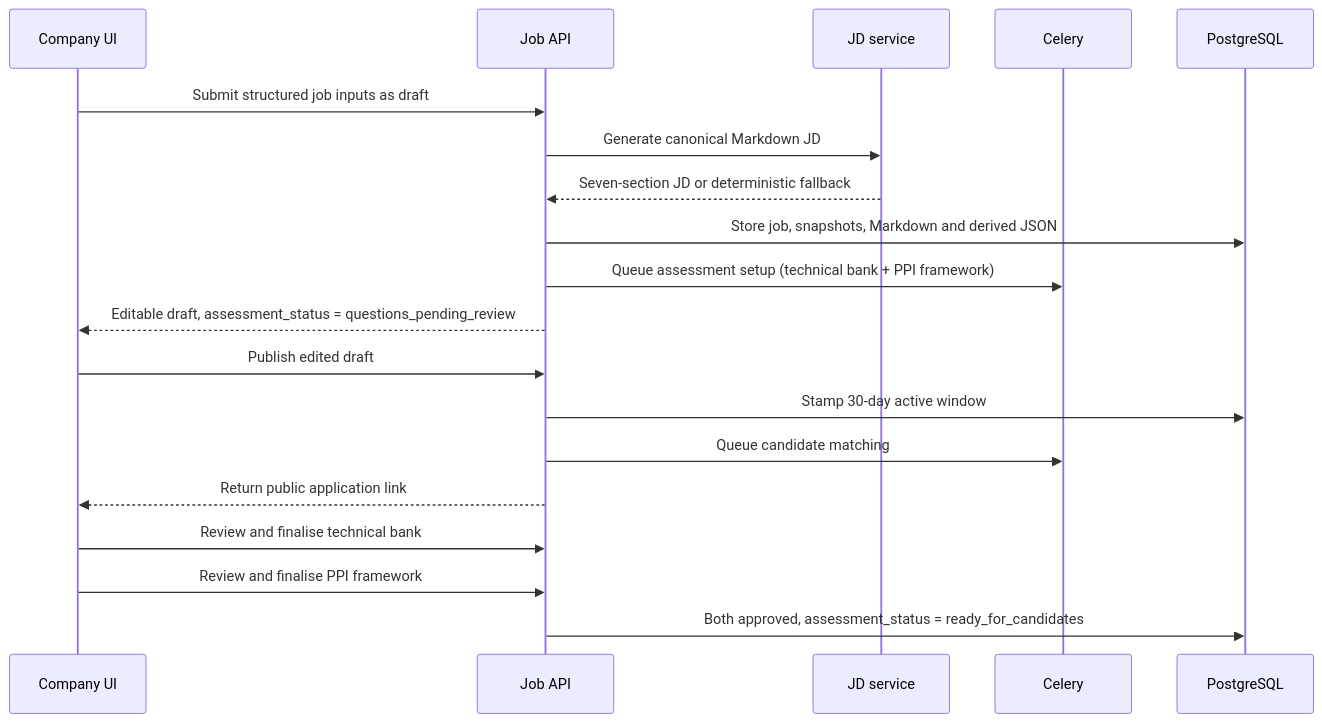
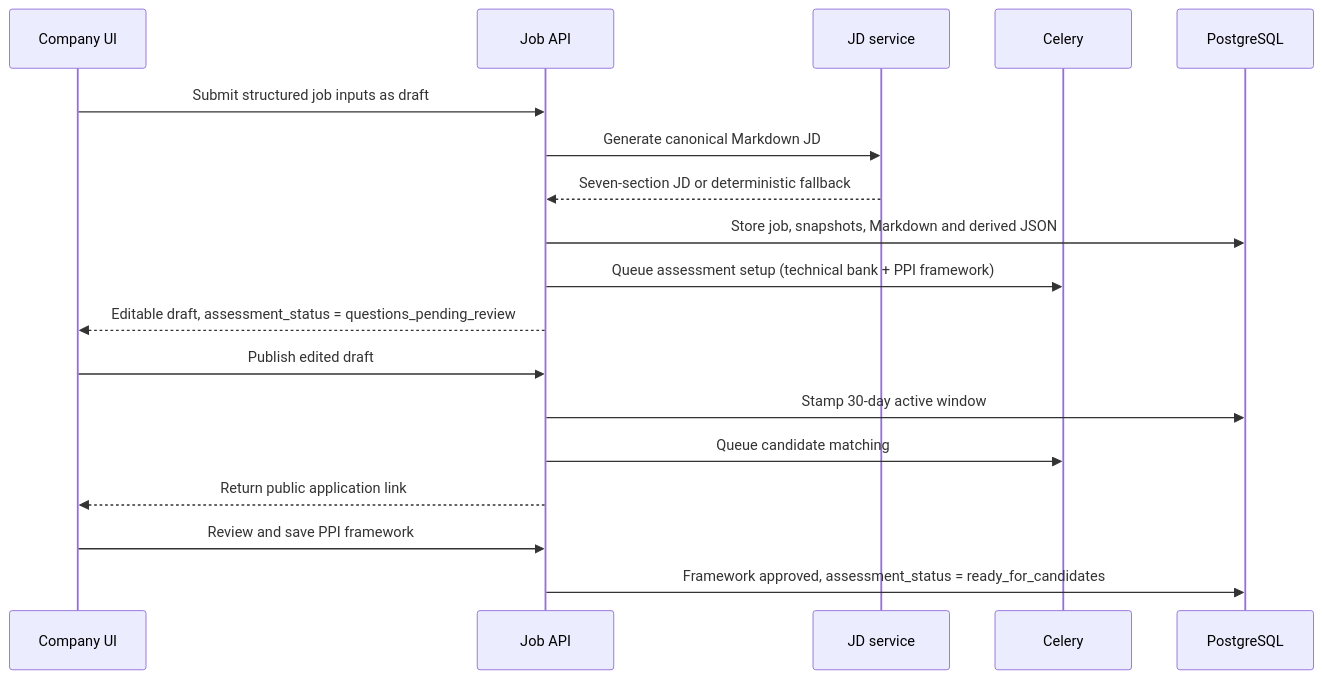
Before and after one commit to HanuLisa-Technologies-LLP/pickready: the second of 4 diagrams in docs/ESD.md, drawn with Mermaid. The commit also changed other lines of this file and 1 other file, not shown here.

````diff
--- a/docs/ESD.md
+++ b/docs/ESD.md
@@ -230,22 +243,21 @@
 ```mermaid
 sequenceDiagram
     participant UI as Company UI
     participant API as Job API
     participant AI as JD service
     participant Q as Celery
     participant DB as PostgreSQL
 
     UI->>API: Submit structured job inputs as draft
     API->>AI: Generate canonical Markdown JD
     AI-->>API: Seven-section JD or deterministic fallback
     API->>DB: Store job, snapshots, Markdown and derived JSON
     API->>Q: Queue assessment setup (technical bank + PPI framework)
     API-->>UI: Editable draft, assessment_status = questions_pending_review
     UI->>API: Publish edited draft
     API->>DB: Stamp 30-day active window
     API->>Q: Queue candidate matching
     API-->>UI: Return public application link
-    UI->>API: Review and finalise technical bank
-    UI->>API: Review and finalise PPI framework
-    API->>DB: Both approved, assessment_status = ready_for_candidates
+    UI->>API: Review and save PPI framework
+    API->>DB: Framework approved, assessment_status = ready_for_candidates
 ```
````
